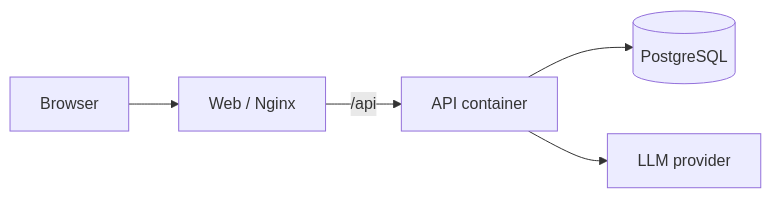
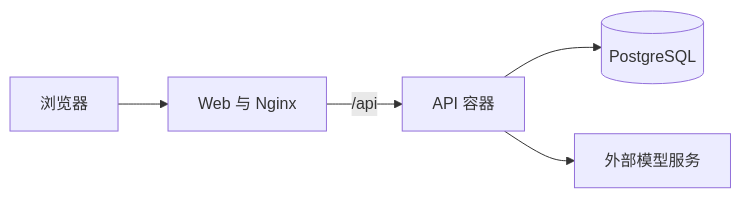
The second of 2 diagrams in docs/ARCHITECTURE.md (VKanee/opsmind-ai), drawn with Mermaid before and after one commit. The commit also changed other lines of this file and 63 other files, not shown here.

````diff
--- a/docs/ARCHITECTURE.md
+++ b/docs/ARCHITECTURE.md
@@ -106,7 +96,7 @@
 ```mermaid
 flowchart LR
-    Client[Browser] --> Nginx[Web / Nginx]
-    Nginx -->|/api| API[API container]
+    Client[浏览器] --> Nginx[Web 与 Nginx]
+    Nginx -->|/api| API[API 容器]
     API --> PG[(PostgreSQL)]
-    API --> Models[LLM provider]
+    API --> Models[外部模型服务]
 ```
````
